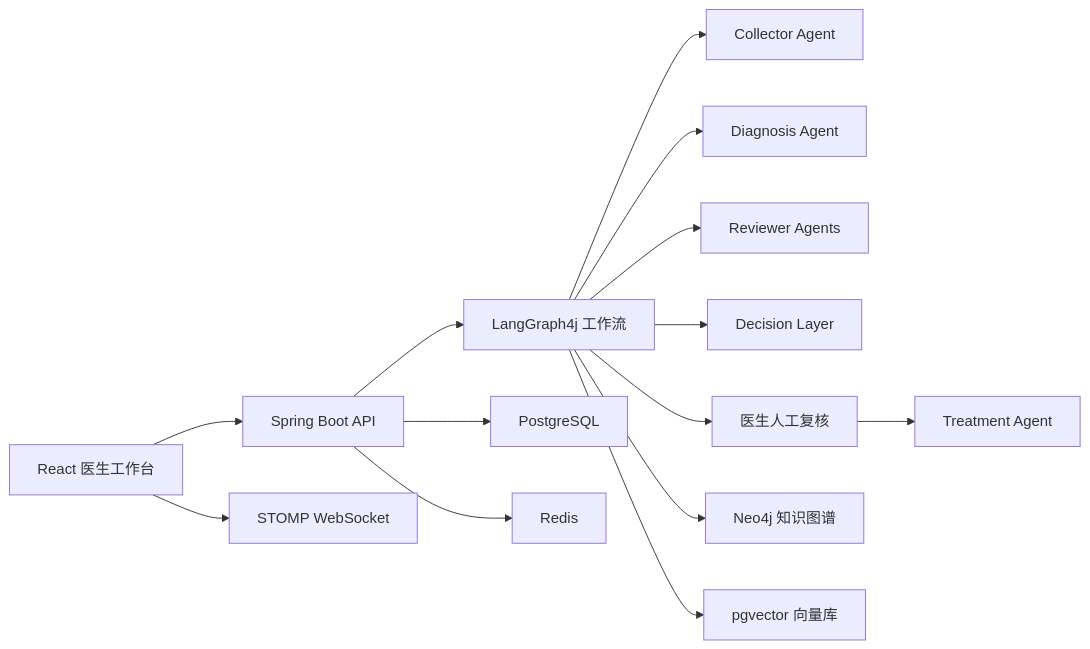
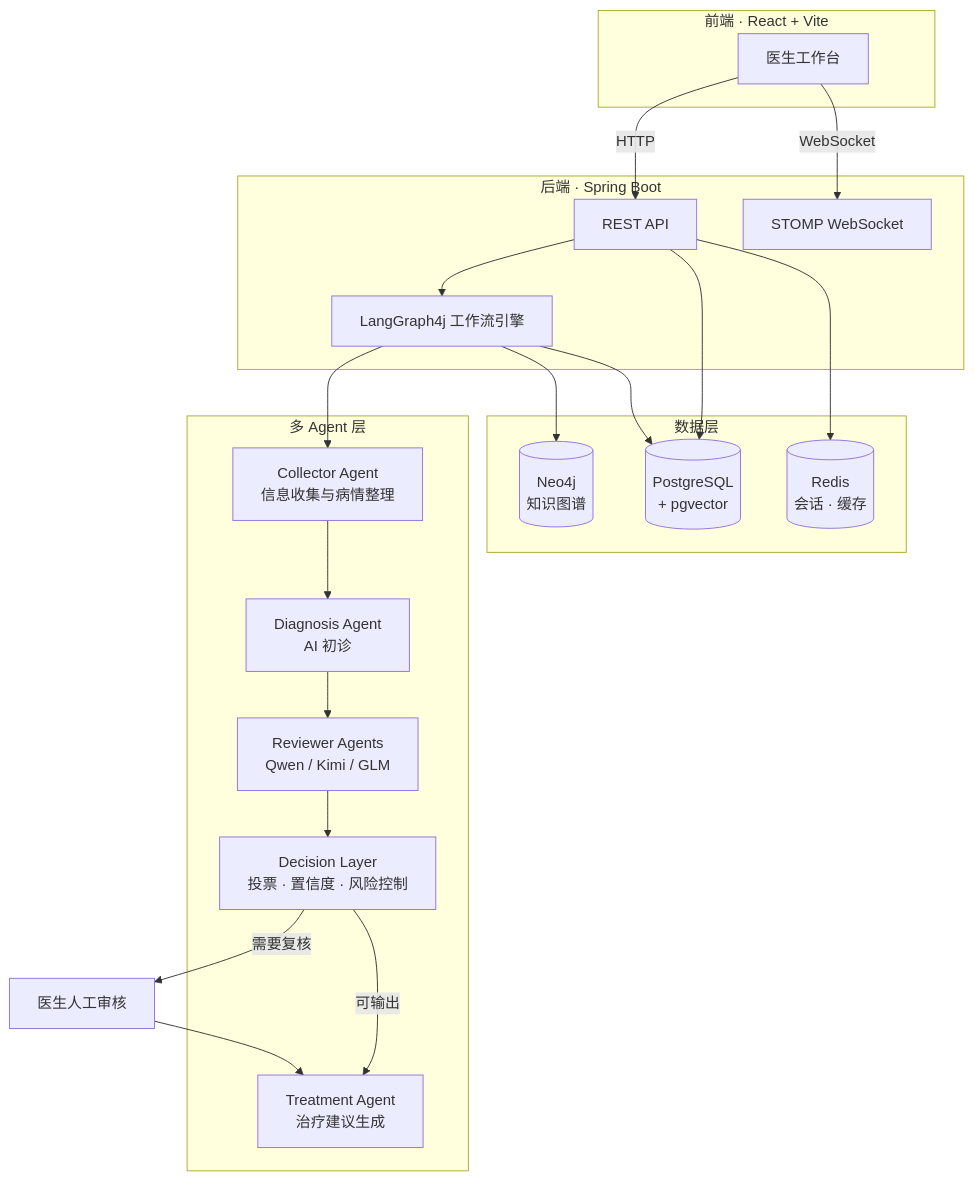
One commit to LoftyTao0622/MedConsensus changed the first of 2 diagrams in README.md. Above: the diagram before and after it, drawn with Mermaid. The commit also changed other lines of this file and 9 other files, not shown here.

````diff
--- a/README.md
+++ b/README.md
@@ -22,16 +40,39 @@
 ```mermaid
-flowchart LR
-    UI["React 医生工作台"] --> API["Spring Boot API"]
-    UI --> WS["STOMP WebSocket"]
-    API --> WF["LangGraph4j 工作流"]
-    WF --> C["Collector Agent"]
-    WF --> D["Diagnosis Agent"]
-    WF --> R["Reviewer Agents"]
-    WF --> DL["Decision Layer"]
-    WF --> H["医生人工复核"]
-    H --> T["Treatment Agent"]
-    API --> PG["PostgreSQL"]
-    API --> REDIS["Redis"]
-    WF --> NEO["Neo4j 知识图谱"]
-    WF --> VEC["pgvector 向量库"]
+flowchart TD
+    subgraph Frontend["前端 · React + Vite"]
+        UI["医生工作台"]
+    end
+
+    subgraph Backend["后端 · Spring Boot"]
+        API["REST API"]
+        WS["STOMP WebSocket"]
+        WF["LangGraph4j 工作流引擎"]
+    end
+
+    subgraph Agents["多 Agent 层"]
+        C["Collector Agent<br/>信息收集与病情整理"]
+        D["Diagnosis Agent<br/>AI 初诊"]
+        R["Reviewer Agents<br/>Qwen / Kimi / GLM"]
+        DL["Decision Layer<br/>投票 · 置信度 · 风险控制"]
+        T["Treatment Agent<br/>治疗建议生成"]
+    end
+
+    subgraph Storage["数据层"]
+        PG[("PostgreSQL<br/>+ pgvector")]
+        REDIS[("Redis<br/>会话 · 缓存")]
+        NEO[("Neo4j<br/>知识图谱")]
+    end
+
+    UI -->|HTTP| API
+    UI -->|WebSocket| WS
+    API --> WF
+    WF --> C --> D
+    D --> R --> DL
+    DL -->|需要复核| H["医生人工审核"]
+    DL -->|可输出| T
+    H --> T
+    API --> PG
+    API --> REDIS
+    WF --> NEO
+    WF --> PG
 ```
````
